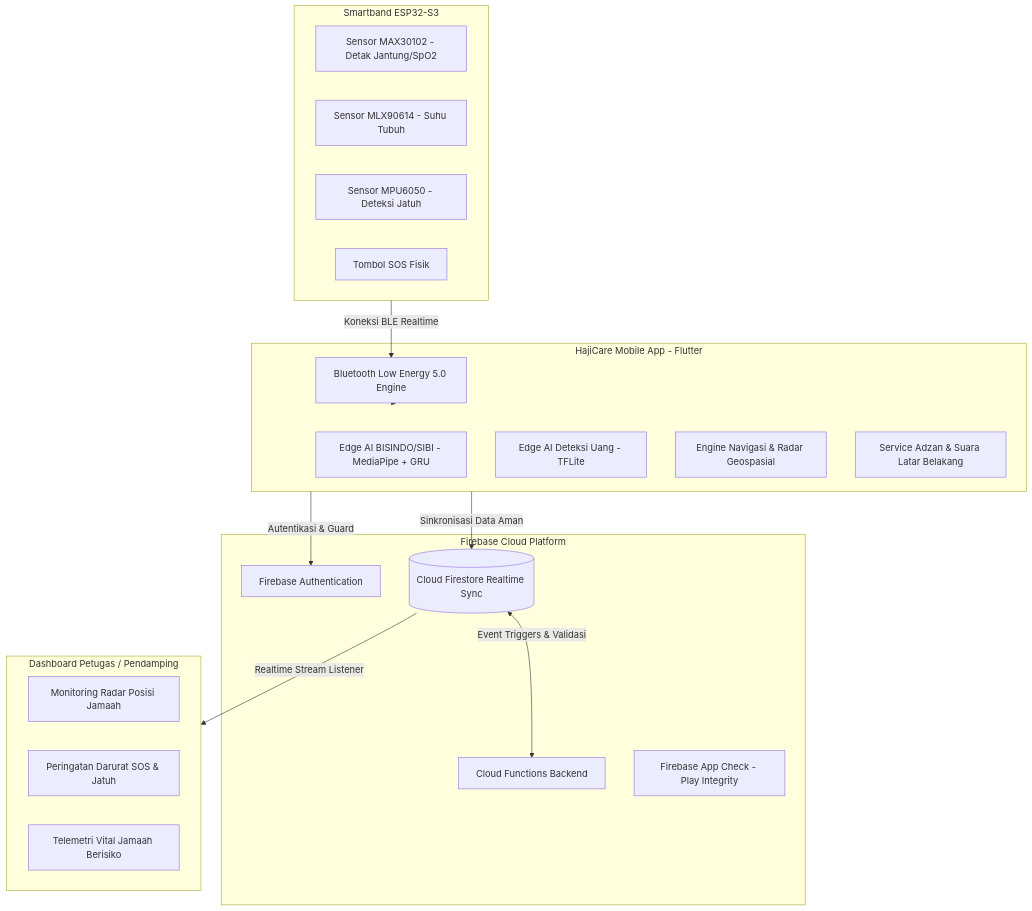
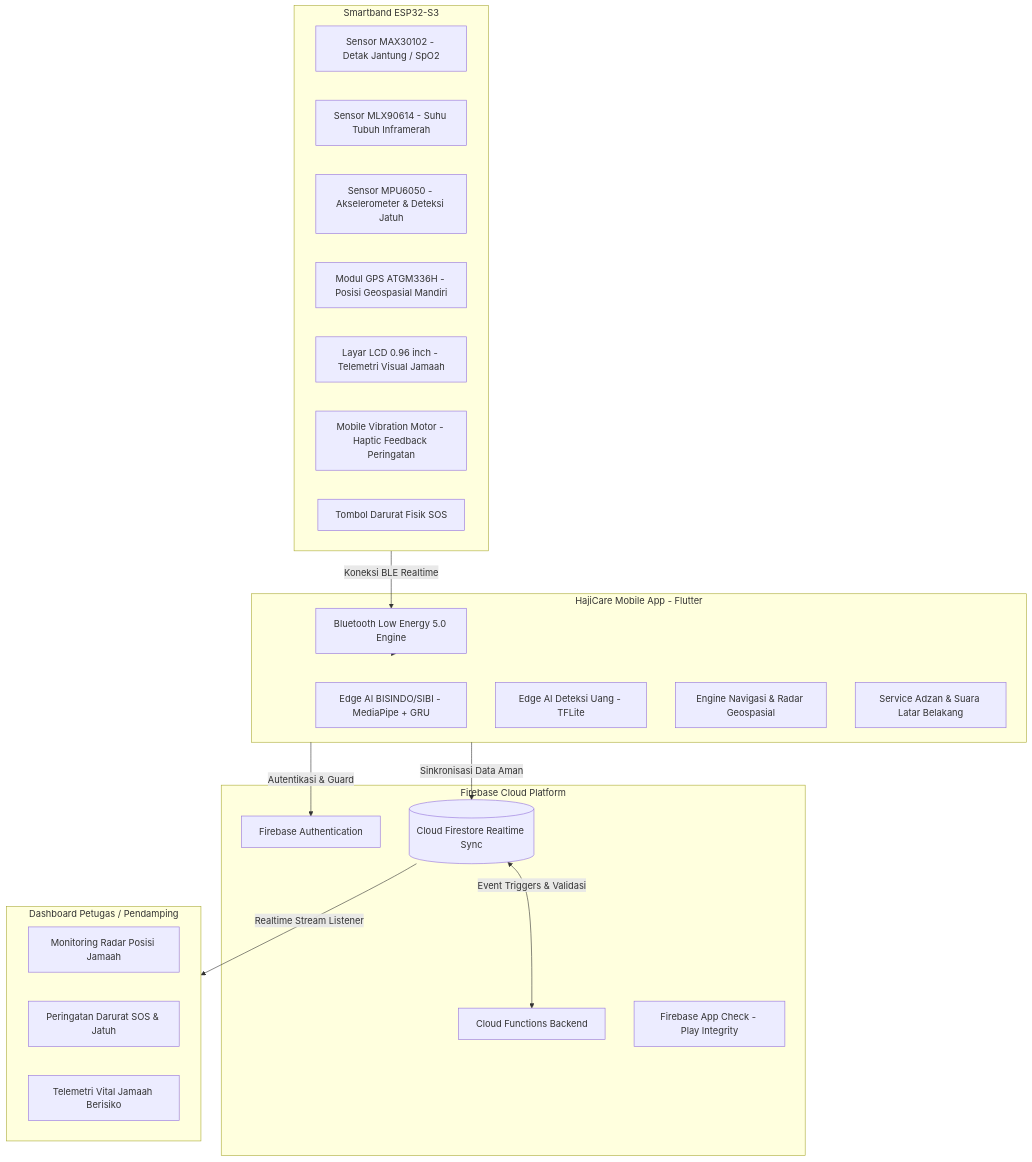
One commit to riverry25/hajicare changed the diagram in README.md. Above: the diagram before and after it, drawn with Mermaid. The commit also changed other lines of this file, not shown here.

````diff
--- a/README.md
+++ b/README.md
@@ -74,37 +79,40 @@
 ```mermaid
 graph TD
     subgraph IoT_Wearable [Smartband ESP32-S3]
-        S1[Sensor MAX30102 - Detak Jantung/SpO2]
-        S2[Sensor MLX90614 - Suhu Tubuh]
-        S3[Sensor MPU6050 - Deteksi Jatuh]
-        S4[Tombol SOS Fisik]
+        S1[Sensor MAX30102 - Detak Jantung / SpO2]
+        S2[Sensor MLX90614 - Suhu Tubuh Inframerah]
+        S3[Sensor MPU6050 - Akselerometer & Deteksi Jatuh]
+        S4[Modul GPS ATGM336H - Posisi Geospasial Mandiri]
+        S5[Layar LCD 0.96 inch - Telemetri Visual Jamaah]
+        S6[Mobile Vibration Motor - Haptic Feedback Peringatan]
+        S7[Tombol Darurat Fisik SOS]
     end
 
     subgraph Mobile_Client [HajiCare Mobile App - Flutter]
         BLE[Bluetooth Low Energy 5.0 Engine]
         AI1[Edge AI BISINDO/SIBI - MediaPipe + GRU]
         AI2[Edge AI Deteksi Uang - TFLite]
         MAP[Engine Navigasi & Radar Geospasial]
         AUDIO[Service Adzan & Suara Latar Belakang]
     end
 
     subgraph Cloud_Infrastructure [Firebase Cloud Platform]
         AUTH[Firebase Authentication]
         DB[(Cloud Firestore Realtime Sync)]
         CF[Cloud Functions Backend]
         CHECK[Firebase App Check - Play Integrity]
     end
 
     subgraph Companion_Dashboard [Dashboard Petugas / Pendamping]
         D1[Monitoring Radar Posisi Jamaah]
         D2[Peringatan Darurat SOS & Jatuh]
         D3[Telemetri Vital Jamaah Berisiko]
     end
 
     IoT_Wearable -->|Koneksi BLE Realtime| BLE
     BLE --> Mobile_Client
     Mobile_Client -->|Sinkronisasi Data Aman| DB
     Mobile_Client -->|Autentikasi & Guard| AUTH
     DB <-->|Event Triggers & Validasi| CF
     DB -->|Realtime Stream Listener| Companion_Dashboard
 ```
````
